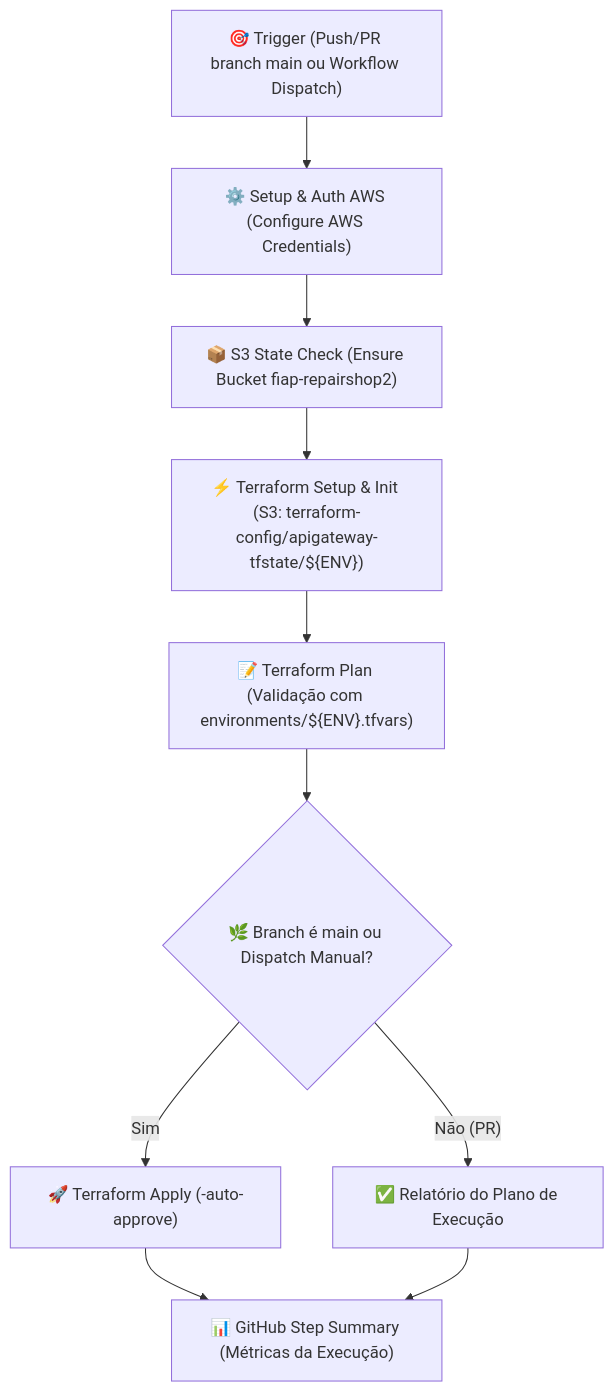
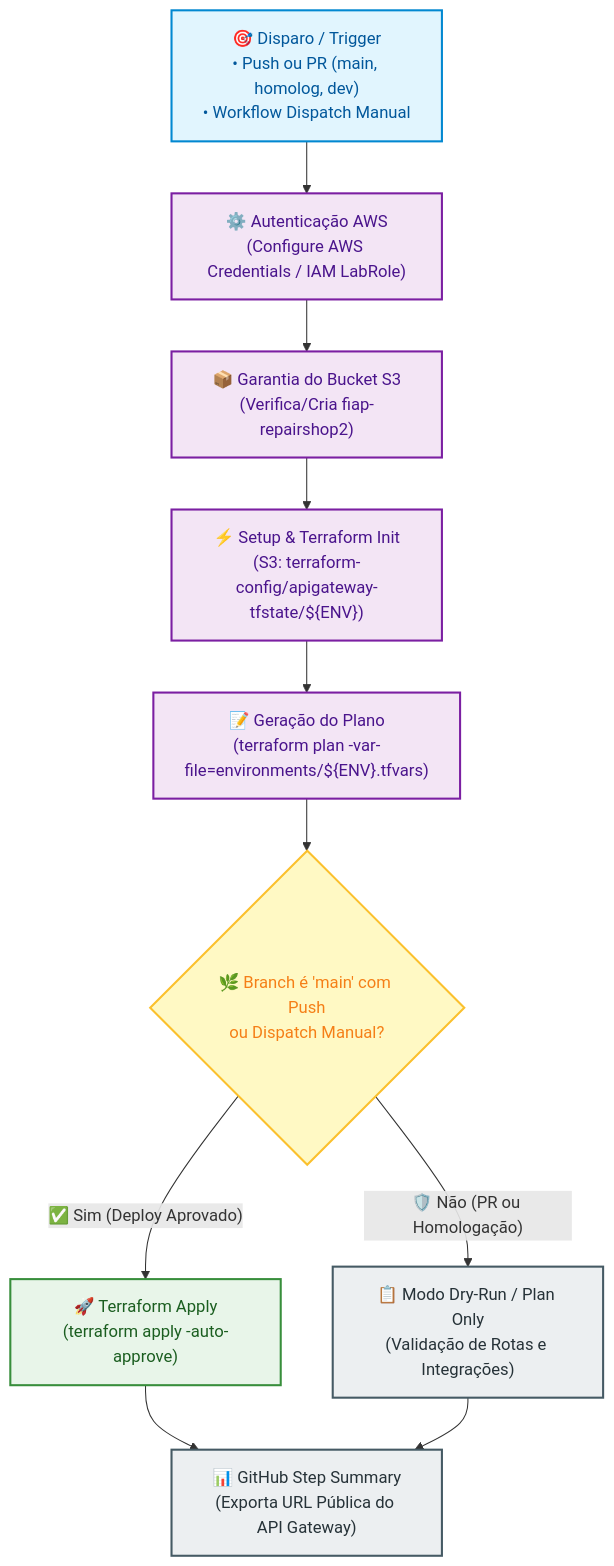
One commit to tech-challenge-fiap-repairshop/tech-challenge-repairshop-infra-apigateway changed the second of 3 diagrams in README.md. Above: the diagram before and after it, drawn with Mermaid. The commit also changed other lines of this file, not shown here.

Commit message:
docs: standardize Mermaid diagrams with enhanced styling, spacing and Git Flow

````diff
--- a/README.md
+++ b/README.md
@@ -85,12 +93,21 @@
 ```mermaid
 flowchart TD
-    A["🎯 Trigger (Push/PR branch main ou Workflow Dispatch)"] --> B["⚙️ Setup & Auth AWS (Configure AWS Credentials)"]
-    B --> C["📦 S3 State Check (Ensure Bucket fiap-repairshop2)"]
-    C --> D["⚡ Terraform Setup & Init (S3: terraform-config/apigateway-tfstate/${ENV})"]
-    D --> E["📝 Terraform Plan (Validação com environments/${ENV}.tfvars)"]
-    E --> F{"🌿 Branch é main ou Dispatch Manual?"}
-    F -- "Sim" --> G["🚀 Terraform Apply (-auto-approve)"]
-    F -- "Não (PR)" --> H["✅ Relatório do Plano de Execução"]
-    G --> I["📊 GitHub Step Summary (Métricas da Execução)"]
+    classDef triggerStyle fill:#E1F5FE,stroke:#0288D1,stroke-width:2px,color:#01579B
+    classDef stepStyle fill:#F3E5F5,stroke:#7B1FA2,stroke-width:2px,color:#4A148C
+    classDef gateStyle fill:#FFF9C4,stroke:#FBC02D,stroke-width:2px,color:#F57F17
+    classDef deployStyle fill:#E8F5E9,stroke:#388E3C,stroke-width:2px,color:#1B5E20
+    classDef reportStyle fill:#ECEFF1,stroke:#455A64,stroke-width:2px,color:#263238
+
+    A["🎯 Disparo / Trigger\n• Push ou PR (main, homolog, dev)\n• Workflow Dispatch Manual"]:::triggerStyle
+    A --> B["⚙️ Autenticação AWS\n(Configure AWS Credentials / IAM LabRole)"]:::stepStyle
+    B --> C["📦 Garantia do Bucket S3\n(Verifica/Cria fiap-repairshop2)"]:::stepStyle
+    C --> D["⚡ Setup & Terraform Init\n(S3: terraform-config/apigateway-tfstate/${ENV})"]:::stepStyle
+    D --> E["📝 Geração do Plano\n(terraform plan -var-file=environments/${ENV}.tfvars)"]:::stepStyle
+    E --> F{"🌿 Branch é 'main' com Push\nou Dispatch Manual?"}:::gateStyle
+    
+    F -- "✅ Sim (Deploy Aprovado)" --> G["🚀 Terraform Apply\n(terraform apply -auto-approve)"]:::deployStyle
+    F -- "🛡️ Não (PR ou Homologação)" --> H["📋 Modo Dry-Run / Plan Only\n(Validação de Rotas e Integrações)"]:::reportStyle
+    
+    G --> I["📊 GitHub Step Summary\n(Exporta URL Pública do API Gateway)"]:::reportStyle
     H --> I
 ```
````
